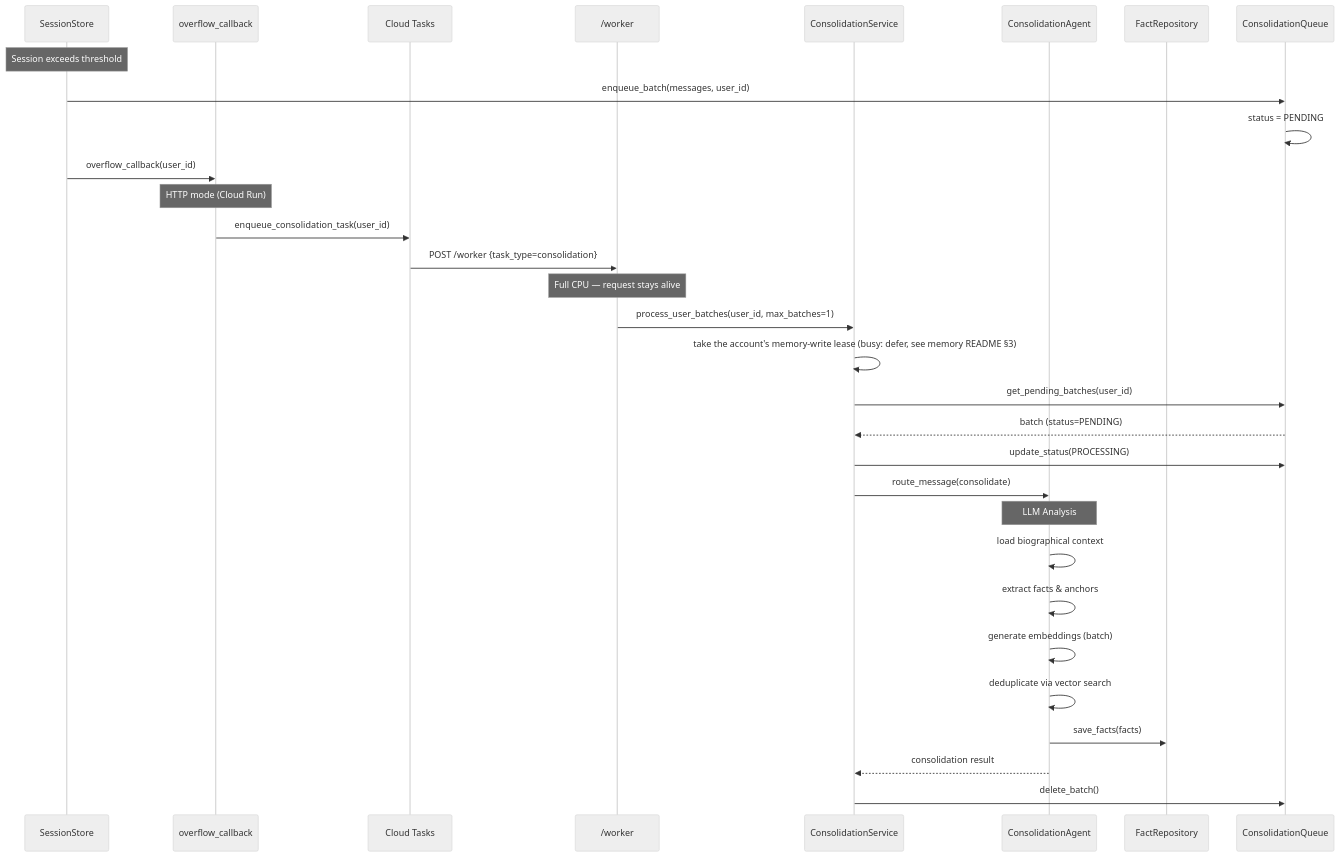
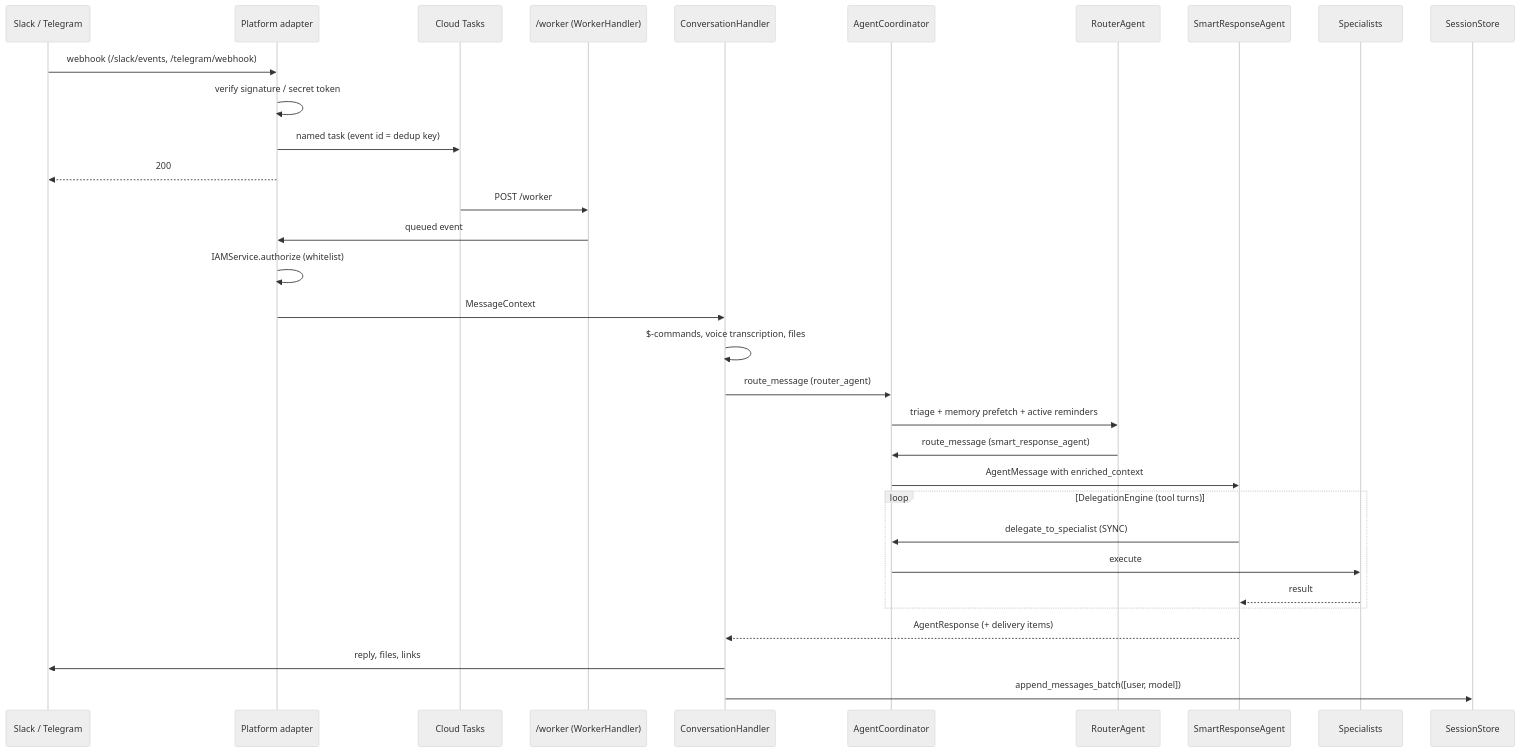
The diagram in docs/06_runtime/README.md (ddmd72/alekbot-core), drawn with Mermaid (neutral theme) before and after one commit. The commit also changed other lines of this file and 13 other files, not shown here.

````diff
--- a/docs/06_runtime/README.md
+++ b/docs/06_runtime/README.md
@@ -336,40 +8,35 @@
 ```mermaid
 sequenceDiagram
-    participant SH as SessionStore
-    participant OC as overflow_callback
-    participant CT as Cloud Tasks
-    participant W as /worker
-    participant CH as ConsolidationService
-    participant CA as ConsolidationAgent
-    participant FR as FactRepository
-    participant CQ as ConsolidationQueue
+    participant P as Slack / Telegram
+    participant A as Platform adapter
+    participant Q as Cloud Tasks
+    participant W as /worker (WorkerHandler)
+    participant H as ConversationHandler
+    participant C as AgentCoordinator
+    participant R as RouterAgent
+    participant S as SmartResponseAgent
+    participant X as Specialists
+    participant SS as SessionStore
 
-    Note over SH: Session exceeds threshold
-    SH->>CQ: enqueue_batch(messages, user_id)
-    CQ->>CQ: status = PENDING
-    SH->>OC: overflow_callback(user_id)
-
-    Note over OC: HTTP mode (Cloud Run)
-    OC->>CT: enqueue_consolidation_task(user_id)
-    CT->>W: POST /worker {task_type=consolidation}
-
-    Note over W: Full CPU — request stays alive
-    W->>CH: process_user_batches(user_id, max_batches=1)
-    CH->>CH: take the account's memory-write lease (busy: defer, see memory README §3)
-    CH->>CQ: get_pending_batches(user_id)
-    CQ-->>CH: batch (status=PENDING)
-
-    CH->>CQ: update_status(PROCESSING)
-    CH->>CA: route_message(consolidate)
-
-    Note over CA: LLM Analysis
-    CA->>CA: load biographical context
-    CA->>CA: extract facts & anchors
-    CA->>CA: generate embeddings (batch)
-    CA->>CA: deduplicate via vector search
-
-    CA->>FR: save_facts(facts)
-    CA-->>CH: consolidation result
-
-    CH->>CQ: delete_batch()
+    P->>A: webhook (/slack/events, /telegram/webhook)
+    A->>A: verify signature / secret token
+    A->>Q: named task (event id = dedup key)
+    A-->>P: 200
+    Q->>W: POST /worker
+    W->>A: queued event
+    A->>A: IAMService.authorize (whitelist)
+    A->>H: MessageContext
+    H->>H: $-commands, voice transcription, files
+    H->>C: route_message (router_agent)
+    C->>R: triage + memory prefetch + active reminders
+    R->>C: route_message (smart_response_agent)
+    C->>S: AgentMessage with enriched_context
+    loop DelegationEngine (tool turns)
+        S->>C: delegate_to_specialist (SYNC)
+        C->>X: execute
+        X-->>S: result
+    end
+    S-->>H: AgentResponse (+ delivery items)
+    H->>P: reply, files, links
+    H->>SS: append_messages_batch([user, model])
 ```
````
